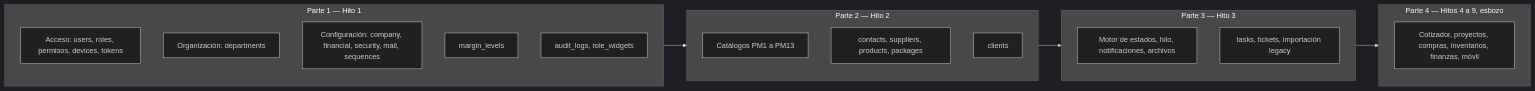
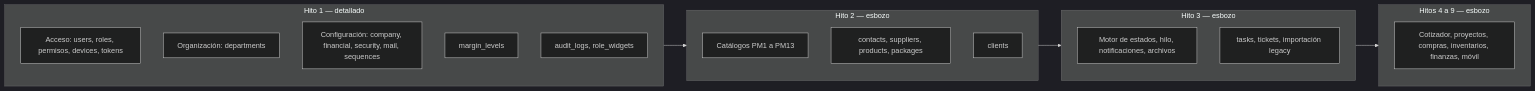
One commit to rudypalacios/soltec changed the diagram in docs/arquitectura/erd/README.md. Above: the diagram before and after it, drawn with Mermaid (dark theme). The commit also changed other lines of this file and 3 other files, not shown here.

First line of the commit message:
ERD: esbozo de los hitos 2 a 9; el detalle de cada hito se hace al planearlo

````diff
--- a/docs/arquitectura/erd/README.md
+++ b/docs/arquitectura/erd/README.md
@@ -54,23 +52,23 @@
 ```mermaid
 flowchart LR
-    subgraph H1[Parte 1 — Hito 1]
+    subgraph H1[Hito 1 — detallado]
         A[Acceso: users, roles, permisos, devices, tokens]
         O[Organización: departments]
         C[Configuración: company, financial, security, mail, sequences]
         M[margin_levels]
         U[audit_logs, role_widgets]
     end
-    subgraph H2[Parte 2 — Hito 2]
+    subgraph H2[Hito 2 — esbozo]
         K[Catálogos PM1 a PM13]
         P[contacts, suppliers, products, packages]
         L[clients]
     end
-    subgraph H3[Parte 3 — Hito 3]
+    subgraph H3[Hito 3 — esbozo]
         S[Motor de estados, hilo, notificaciones, archivos]
         T[tasks, tickets, importación legacy]
     end
-    subgraph H49[Parte 4 — Hitos 4 a 9, esbozo]
+    subgraph H49[Hitos 4 a 9 — esbozo]
         Q[Cotizador, proyectos, compras, inventarios, finanzas, móvil]
     end
     H1 --> H2 --> H3 --> H49
 ```
````
